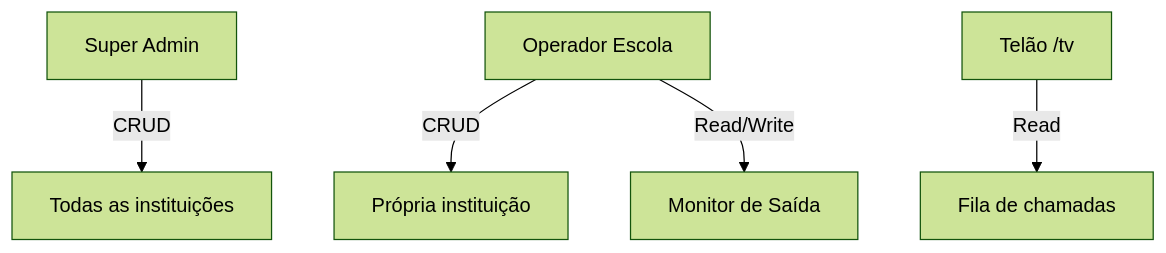
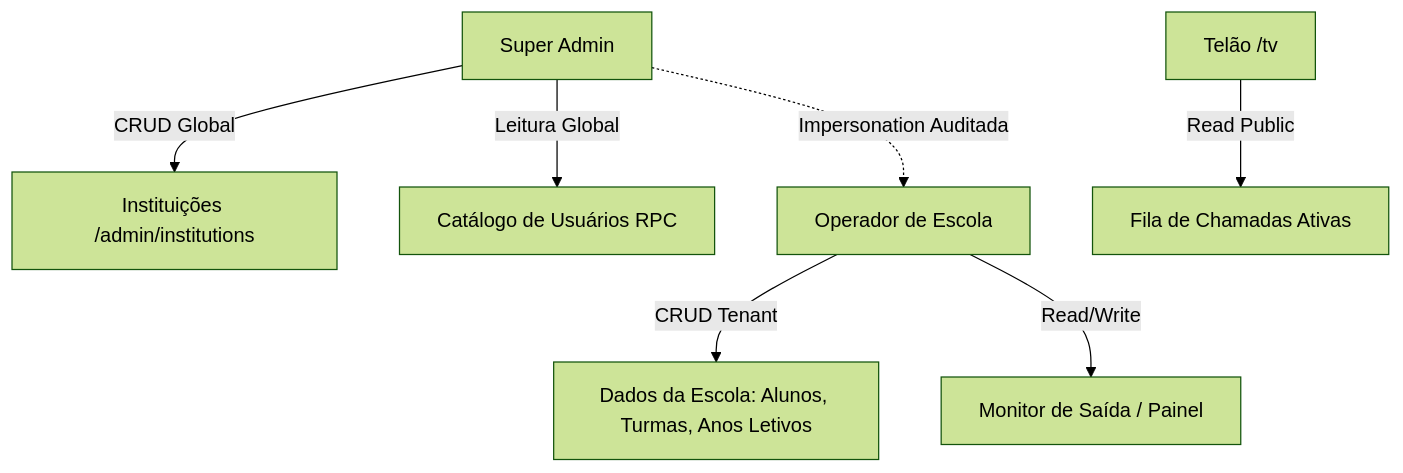
One commit to wesleytj/smart-exit-school changed the diagram in docs/permissoes.md. Above: the diagram before and after it, drawn with Mermaid (forest theme). The commit also changed other lines of this file and 5 other files, not shown here.

````diff
--- a/docs/permissoes.md
+++ b/docs/permissoes.md
@@ -22,7 +21,9 @@
 ```mermaid
 graph TD
-    SA[Super Admin] --> |CRUD| Schools[Todas as instituições]
-    OP[Operador Escola] --> |CRUD| OwnData[Própria instituição]
-    OP --> |Read/Write| Monitor[Monitor de Saída]
-    TV[Telão /tv] --> |Read| Calls[Fila de chamadas]
+    SA[Super Admin] --> |CRUD Global| Schools[Instituições /admin/institutions]
+    SA --> |Leitura Global| Users[Catálogo de Usuários RPC]
+    SA -.-> |Impersonation Auditada| OP[Operador de Escola]
+    OP --> |CRUD Tenant| OwnData[Dados da Escola: Alunos, Turmas, Anos Letivos]
+    OP --> |Read/Write| Monitor[Monitor de Saída / Painel]
+    TV[Telão /tv] --> |Read Public| Calls[Fila de Chamadas Ativas]
 ```
````
